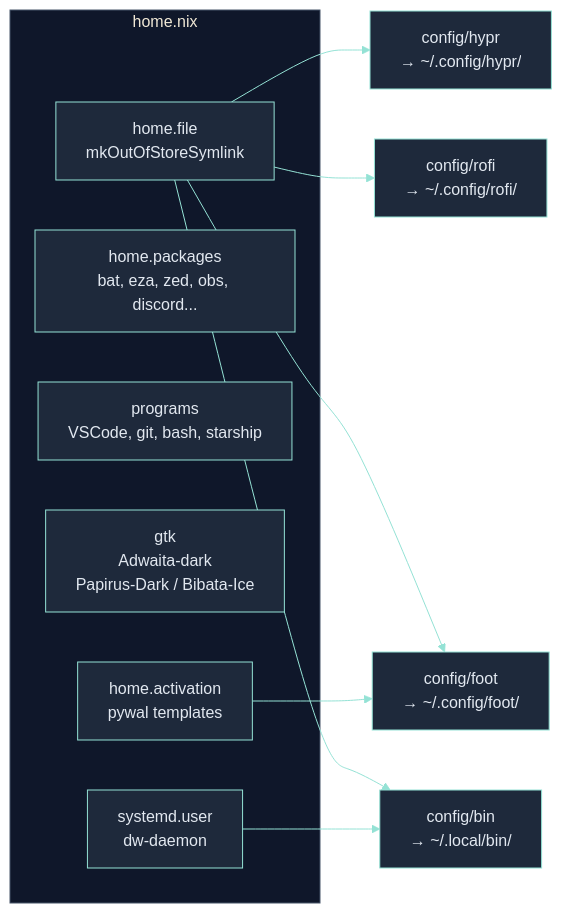
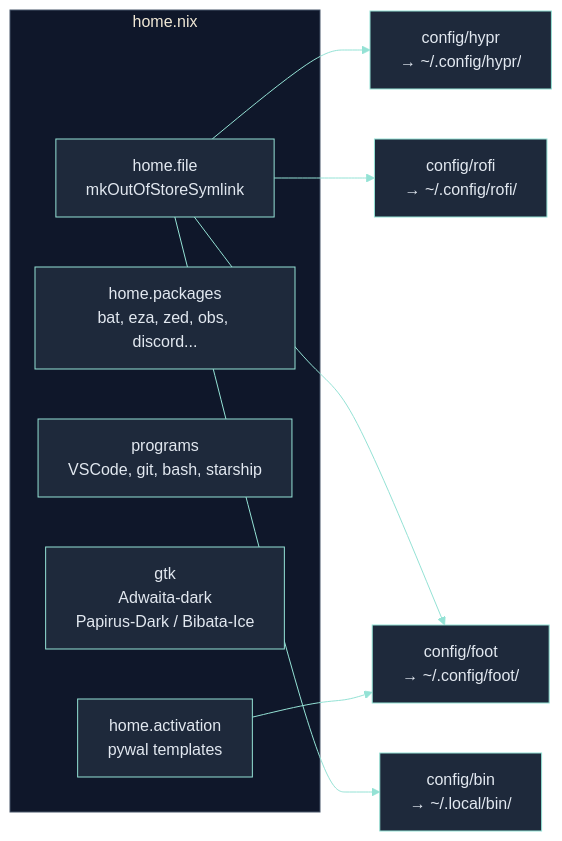
One commit to RomeoCavazza/nixos-config changed the fourth of 8 diagrams in docs/README.md. Above: the diagram before and after it, drawn with Mermaid. The commit also changed other lines of this file and 370 other files, not shown here.

````diff
--- a/docs/README.md
+++ b/docs/README.md
@@ -182,24 +182,22 @@
 ```mermaid
 %%{init: {'theme': 'base', 'themeVariables': { 'primaryColor': '#1e293b', 'secondaryColor': '#0f172a', 'tertiaryColor': '#0f172a', 'primaryBorderColor': '#94e2d5', 'lineColor': '#94e2d5', 'primaryTextColor': '#e2e8f0', 'clusterBkg': '#0f172a', 'clusterBorder': '#475569' }}}%%
 flowchart LR
   subgraph hm["home.nix"]
     dotfiles["home.file\nmkOutOfStoreSymlink"]
     pkgs["home.packages\nbat, eza, zed, obs, discord..."]
     progs["programs\nVSCode, git, bash, starship"]
     gtk["gtk\nAdwaita-dark\nPapirus-Dark / Bibata-Ice"]
-    svc["systemd.user\ndw-daemon"]
     act["home.activation\npywal templates"]
   end
 
   hypr["config/hypr\n→ ~/.config/hypr/"]
   rofi["config/rofi\n→ ~/.config/rofi/"]
   foot["config/foot\n→ ~/.config/foot/"]
   bin["config/bin\n→ ~/.local/bin/"]
 
   dotfiles --> hypr
-  dotfiles --> rofi
-  dotfiles --> foot
-  dotfiles --> bin
-  svc --> bin
-  act --> foot
+dotfiles --> rofi
+dotfiles --> foot
+dotfiles --> bin
+act --> foot
 ```
````
